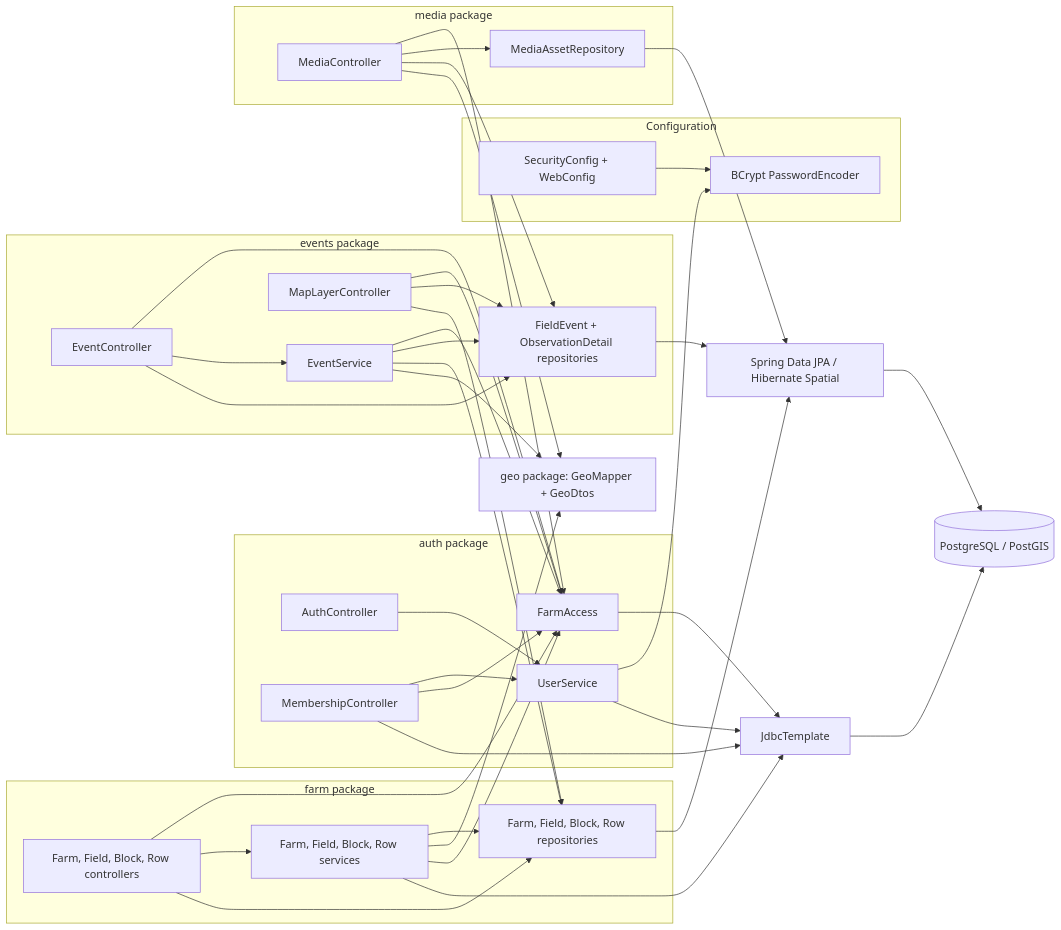
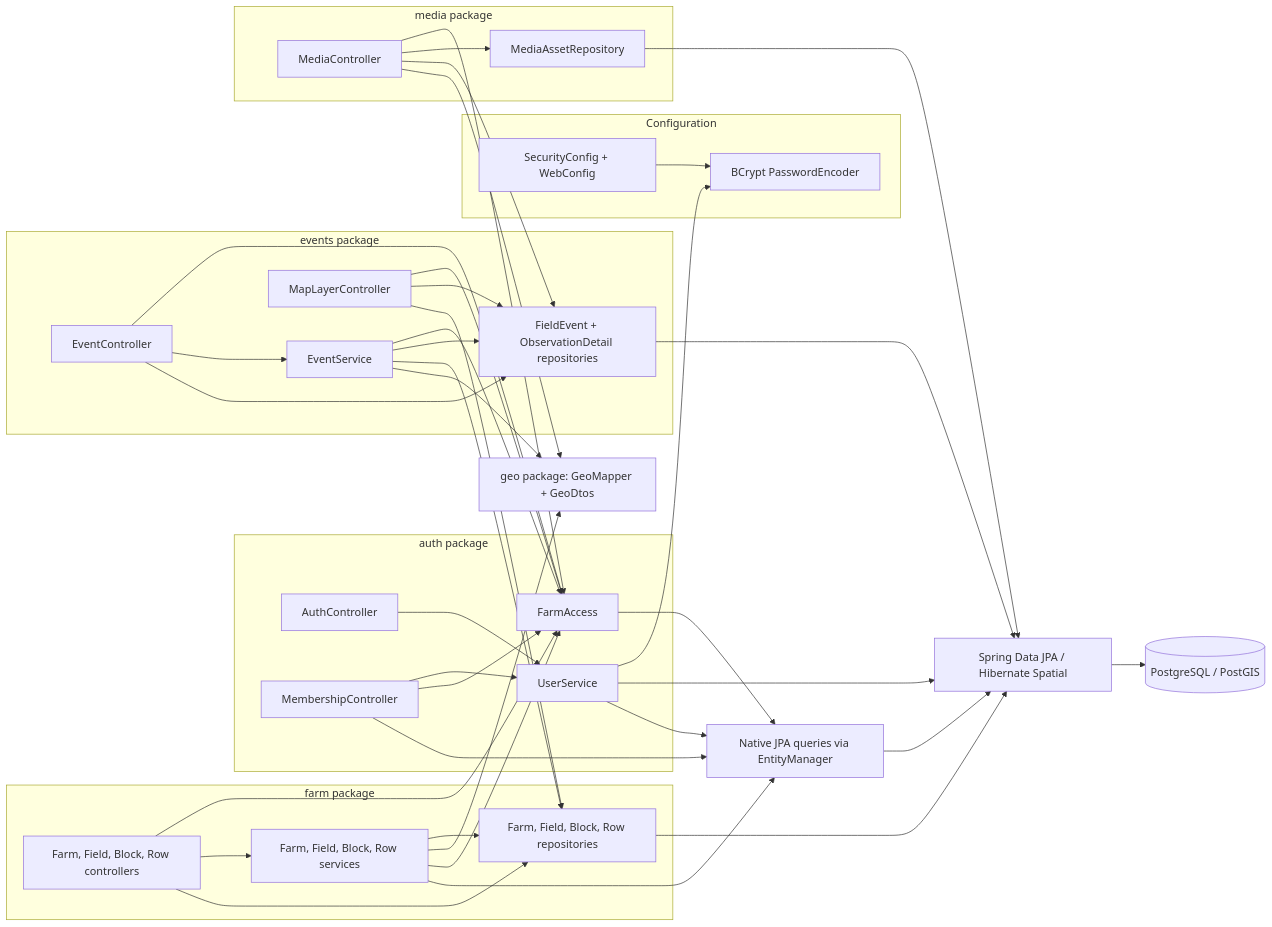
Before and after one commit to danielcontrerasm/agro-core: the fourth of 4 diagrams in README.md, drawn with Mermaid. The commit also changed other lines of this file and 138 other files, not shown here.

````diff
--- a/README.md
+++ b/README.md
@@ -613,72 +641,73 @@
 ```mermaid
 flowchart LR
   subgraph Configuration["Configuration"]
     SecurityConfig["SecurityConfig + WebConfig"]
     Encoder["BCrypt PasswordEncoder"]
   end
 
   subgraph Identity["auth package"]
     AuthController["AuthController"]
     UserService["UserService"]
     MembershipController["MembershipController"]
     FarmAccess["FarmAccess"]
   end
 
   subgraph Farm["farm package"]
     FarmControllers["Farm, Field, Block, Row controllers"]
     FarmServices["Farm, Field, Block, Row services"]
     FarmRepos["Farm, Field, Block, Row repositories"]
   end
 
   subgraph Events["events package"]
     EventController["EventController"]
     EventService["EventService"]
     MapController["MapLayerController"]
     EventRepos["FieldEvent + ObservationDetail repositories"]
   end
 
   subgraph Media["media package"]
     MediaController["MediaController"]
     MediaRepo["MediaAssetRepository"]
   end
 
   Geometry["geo package: GeoMapper + GeoDtos"]
-  JDBC["JdbcTemplate"]
+  NativeJPA["Native JPA queries via EntityManager"]
   JPA["Spring Data JPA / Hibernate Spatial"]
   DB[("PostgreSQL / PostGIS")]
 
   SecurityConfig --> Encoder
   AuthController --> UserService
   UserService --> Encoder
-  UserService --> JDBC
+  UserService --> JPA
+  UserService --> NativeJPA
   MembershipController --> UserService
   MembershipController --> FarmAccess
-  MembershipController --> JDBC
-  FarmAccess --> JDBC
+  MembershipController --> NativeJPA
+  FarmAccess --> NativeJPA
   FarmControllers --> FarmAccess
   FarmControllers --> FarmServices
   FarmControllers --> FarmRepos
   FarmServices --> FarmRepos
   FarmServices --> Geometry
   FarmServices --> FarmAccess
-  FarmServices --> JDBC
+  FarmServices --> NativeJPA
   EventController --> FarmAccess
   EventController --> EventService
   EventController --> EventRepos
   EventService --> FarmAccess
   EventService --> EventRepos
   EventService --> FarmRepos
   EventService --> Geometry
   MapController --> FarmAccess
   MapController --> EventRepos
   MapController --> FarmRepos
   MediaController --> FarmAccess
   MediaController --> MediaRepo
   MediaController --> EventRepos
   MediaController --> Geometry
   FarmRepos --> JPA
   EventRepos --> JPA
   MediaRepo --> JPA
   JPA --> DB
-  JDBC --> DB
+  NativeJPA --> JPA
 ```
````
